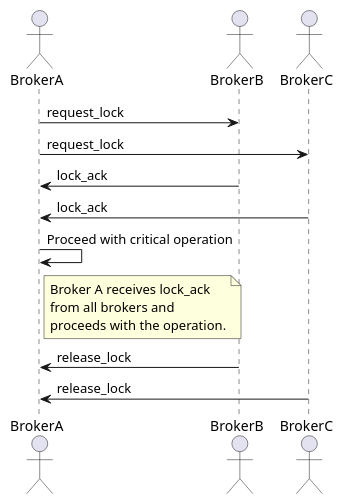
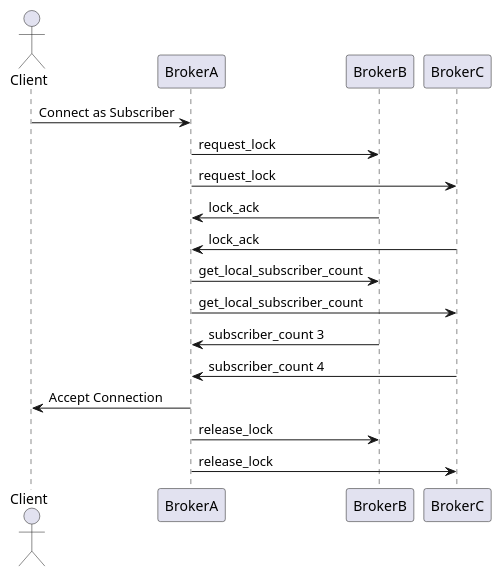
The diagram in my-pub-sub-system/docs/distributed_lock.puml (flamewise/Pub-Sub-Distributed-System), drawn with PlantUML before and after one commit. The commit also changed 14 other files, not shown here.

```diff
--- a/my-pub-sub-system/docs/distributed_lock.puml
+++ b/my-pub-sub-system/docs/distributed_lock.puml
@@ -1,22 +1,22 @@
 @startuml
-actor BrokerA as A
-actor BrokerB as B
-actor BrokerC as C
+actor Client
+participant BrokerA
+participant BrokerB
+participant BrokerC
 
-A -> B: request_lock
-A -> C: request_lock
-B -> A: lock_ack
-C -> A: lock_ack
+Client -> BrokerA: Connect as Subscriber
+BrokerA -> BrokerB: request_lock
+BrokerA -> BrokerC: request_lock
+BrokerB -> BrokerA: lock_ack
+BrokerC -> BrokerA: lock_ack
 
-A -> A: Proceed with critical operation
+BrokerA -> BrokerB: get_local_subscriber_count
+BrokerA -> BrokerC: get_local_subscriber_count
+BrokerB -> BrokerA: subscriber_count 3
+BrokerC -> BrokerA: subscriber_count 4
 
-note right of A
-    Broker A receives lock_ack 
-    from all brokers and
-    proceeds with the operation.
-end note
+BrokerA -> Client: Accept Connection 
 
-B -> A: release_lock
-C -> A: release_lock
-
+BrokerA -> BrokerB: release_lock
+BrokerA -> BrokerC: release_lock
 @enduml
```
